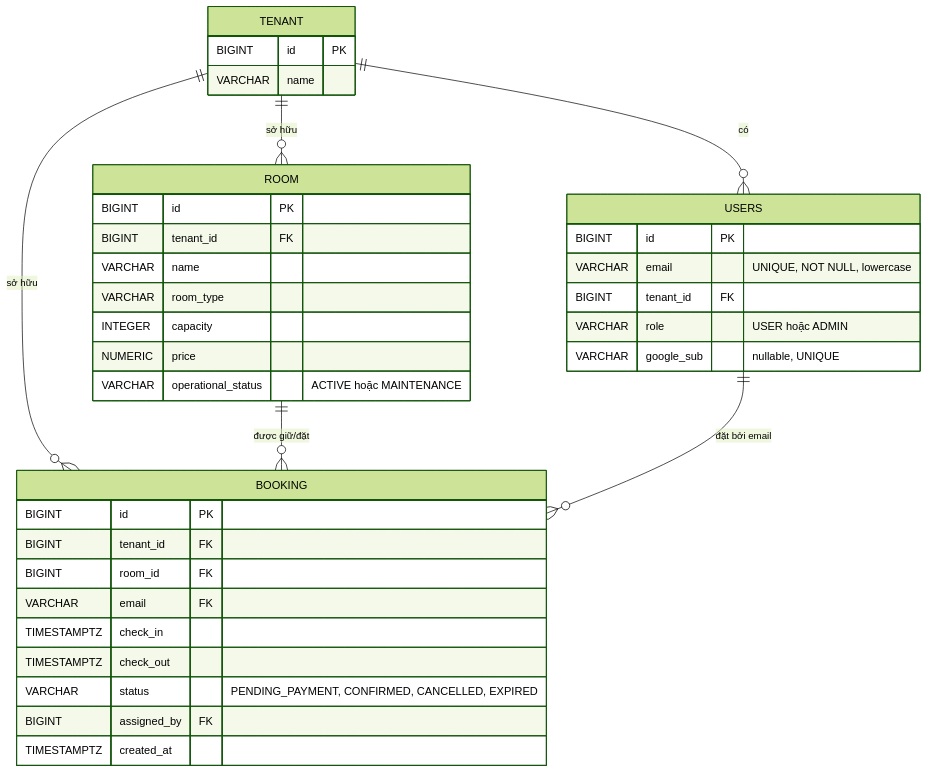
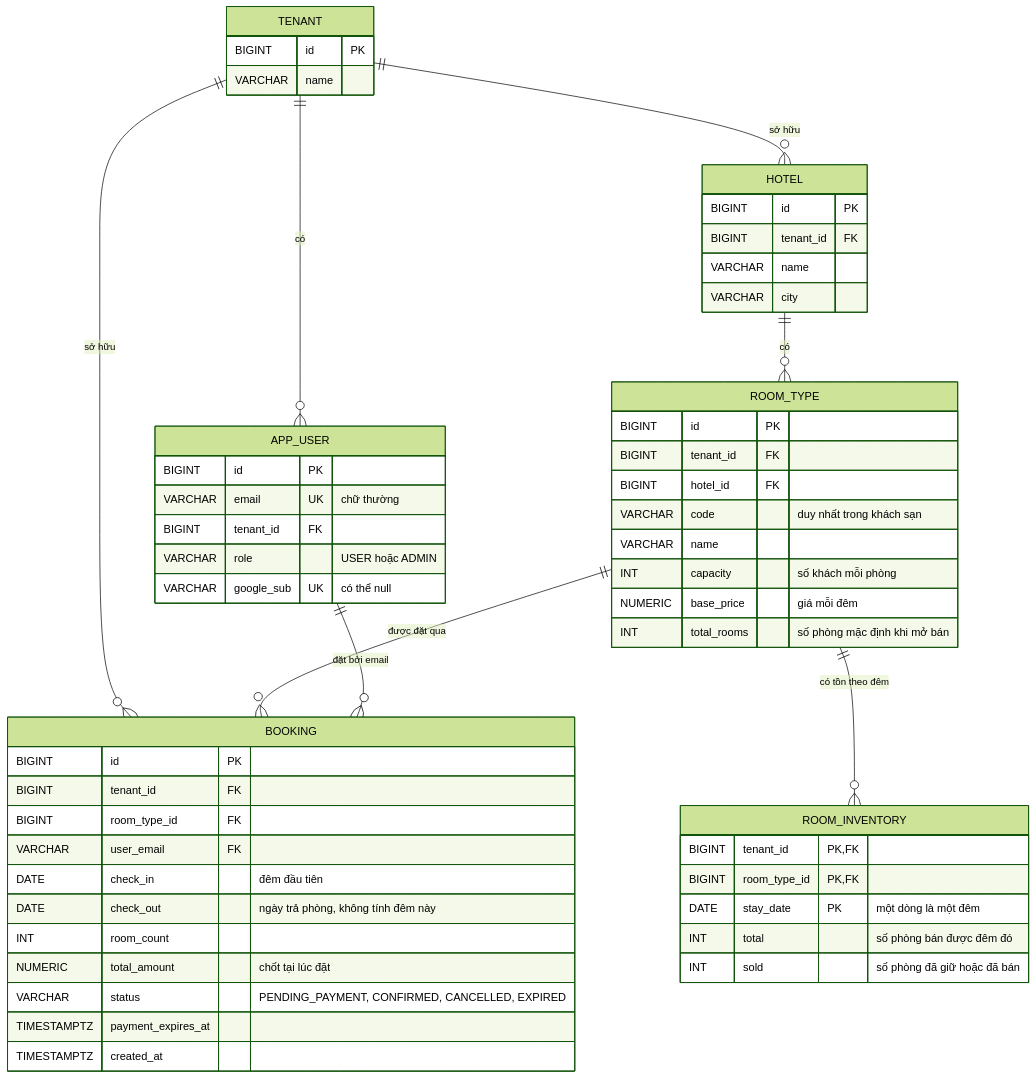
The first of 3 diagrams in docs/erd-v2.md (oabga/HotelBookingSystem), drawn with Mermaid (forest theme) before and after one commit. The commit also changed other lines of this file and 1 other file, not shown here.

First line of the commit message:
docs: redesign around room_inventory, API contract v3.0

````diff
--- a/docs/erd-v2.md
+++ b/docs/erd-v2.md
@@ -7,40 +11,58 @@
 ```mermaid
 erDiagram
-    TENANT ||--o{ USERS : "có"
-    TENANT ||--o{ ROOM : "sở hữu"
+    TENANT ||--o{ APP_USER : "có"
+    TENANT ||--o{ HOTEL : "sở hữu"
     TENANT ||--o{ BOOKING : "sở hữu"
-    ROOM ||--o{ BOOKING : "được giữ/đặt"
-    USERS ||--o{ BOOKING : "đặt bởi email"
+    HOTEL ||--o{ ROOM_TYPE : "có"
+    ROOM_TYPE ||--o{ ROOM_INVENTORY : "có tồn theo đêm"
+    ROOM_TYPE ||--o{ BOOKING : "được đặt qua"
+    APP_USER ||--o{ BOOKING : "đặt bởi email"
 
     TENANT {
         BIGINT id PK
         VARCHAR name
     }
-    USERS {
+    APP_USER {
         BIGINT id PK
-        VARCHAR email "UNIQUE, NOT NULL, lowercase"
+        VARCHAR email UK "chữ thường"
         BIGINT tenant_id FK
         VARCHAR role "USER hoặc ADMIN"
-        VARCHAR google_sub "nullable, UNIQUE"
+        VARCHAR google_sub UK "có thể null"
     }
-    ROOM {
+    HOTEL {
         BIGINT id PK
         BIGINT tenant_id FK
         VARCHAR name
-        VARCHAR room_type
-        INTEGER capacity
-        NUMERIC price
-        VARCHAR operational_status "ACTIVE hoặc MAINTENANCE"
+        VARCHAR city
+    }
+    ROOM_TYPE {
+        BIGINT id PK
+        BIGINT tenant_id FK
+        BIGINT hotel_id FK
+        VARCHAR code "duy nhất trong khách sạn"
+        VARCHAR name
+        INT capacity "số khách mỗi phòng"
+        NUMERIC base_price "giá mỗi đêm"
+        INT total_rooms "số phòng mặc định khi mở bán"
+    }
+    ROOM_INVENTORY {
+        BIGINT tenant_id PK, FK
+        BIGINT room_type_id PK, FK
+        DATE stay_date PK "một dòng là một đêm"
+        INT total "số phòng bán được đêm đó"
+        INT sold "số phòng đã giữ hoặc đã bán"
     }
     BOOKING {
         BIGINT id PK
         BIGINT tenant_id FK
-        BIGINT room_id FK
-        VARCHAR email FK
-        TIMESTAMPTZ check_in
-        TIMESTAMPTZ check_out
+        BIGINT room_type_id FK
+        VARCHAR user_email FK
+        DATE check_in "đêm đầu tiên"
+        DATE check_out "ngày trả phòng, không tính đêm này"
+        INT room_count
+        NUMERIC total_amount "chốt tại lúc đặt"
         VARCHAR status "PENDING_PAYMENT, CONFIRMED, CANCELLED, EXPIRED"
-        BIGINT assigned_by FK
+        TIMESTAMPTZ payment_expires_at
         TIMESTAMPTZ created_at
     }
 ```
````
